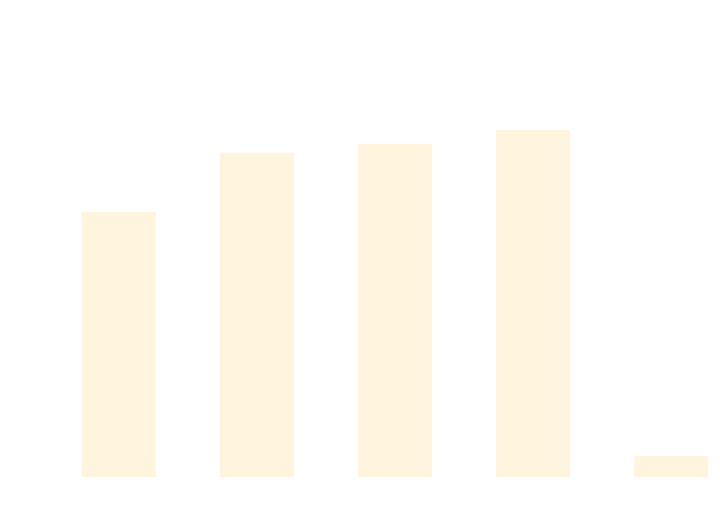
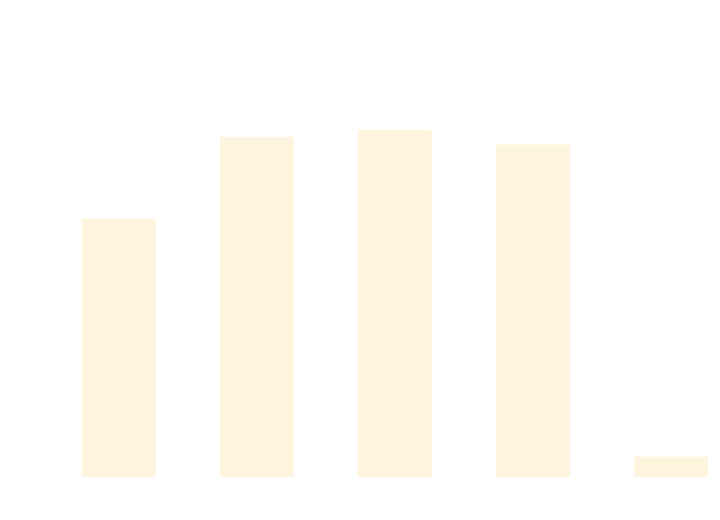
Before and after one commit to thomhurst/TUnit: the diagram in docs/docs/benchmarks/DataDrivenTests.md, drawn with Mermaid. The commit also changed other lines of this file and 17 other files, not shown here.

````diff
--- a/docs/docs/benchmarks/DataDrivenTests.md
+++ b/docs/docs/benchmarks/DataDrivenTests.md
@@ -27,37 +27,37 @@
 ```mermaid
 %%{init: {
   'theme':'base',
   'themeVariables': {
     'primaryColor': '#2563eb',
     'primaryTextColor': '#ffffff',
     'primaryBorderColor': '#1e40af',
     'lineColor': '#6b7280',
     'secondaryColor': '#7c3aed',
     'tertiaryColor': '#dc2626',
     'background': '#ffffff',
     'mainBkg': '#2563eb',
     'secondBkg': '#7c3aed',
     'tertiaryBkg': '#dc2626',
     'clusterBkg': '#f3f4f6',
     'edgeLabelBackground': '#ffffff',
     'tertiaryTextColor': '#1f2937',
     'pie1': '#2563eb',
     'pie2': '#7c3aed',
     'pie3': '#dc2626',
     'pie4': '#f59e0b',
     'pie5': '#10b981',
     'pie6': '#06b6d4',
     'pie7': '#ec4899',
     'pie8': '#6366f1',
     'pie9': '#84cc16',
     'pie10': '#f97316',
     'pie11': '#14b8a6',
     'pie12': '#a855f7'
   }
 }}%%
 xychart-beta
   title "DataDrivenTests Performance Comparison"
   x-axis ["TUnit", "NUnit", "MSTest", "xUnit3", "TUnit_AOT"]
-  y-axis "Time (ms)" 0 --> 745
-  bar [470.74, 579.13, 595.21, 620.54, 23.48]
+  y-axis "Time (ms)" 0 --> 806
+  bar [495.89, 657.75, 671.26, 642.38, 24.33]
 ```
````
